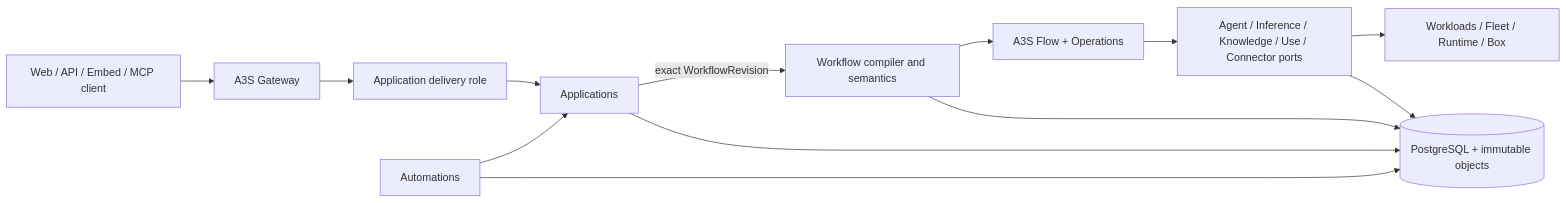
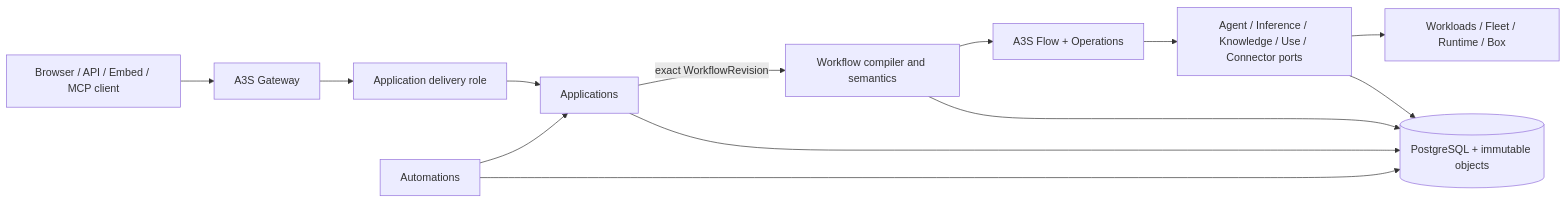
One commit to A3S-Lab/Cloud changed the diagram in docs/ai-application-platform-plan.md. Above: the diagram before and after it, drawn with Mermaid. The commit also changed other lines of this file and 156 other files, not shown here.

Commit message:
feat(cloud): add recovery flows and retire product web UI

````diff
--- a/docs/ai-application-platform-plan.md
+++ b/docs/ai-application-platform-plan.md
@@ -194,23 +197,23 @@
 ```mermaid
 flowchart LR
-    Client[Web / API / Embed / MCP client]
+    Client[Browser / API / Embed / MCP client]
     Gateway[A3S Gateway]
     Delivery[Application delivery role]
     Apps[Applications]
     Auto[Automations]
     Workflow[Workflow compiler and semantics]
     Flow[A3S Flow + Operations]
     Ports[Agent / Inference / Knowledge / Use / Connector ports]
     Runtime[Workloads / Fleet / Runtime / Box]
     Data[(PostgreSQL + immutable objects)]
 
     Client --> Gateway --> Delivery --> Apps
     Auto --> Apps
     Apps -->|exact WorkflowRevision| Workflow
     Workflow --> Flow --> Ports
     Ports --> Runtime
     Apps --> Data
     Auto --> Data
     Workflow --> Data
     Ports --> Data
 ```
````
